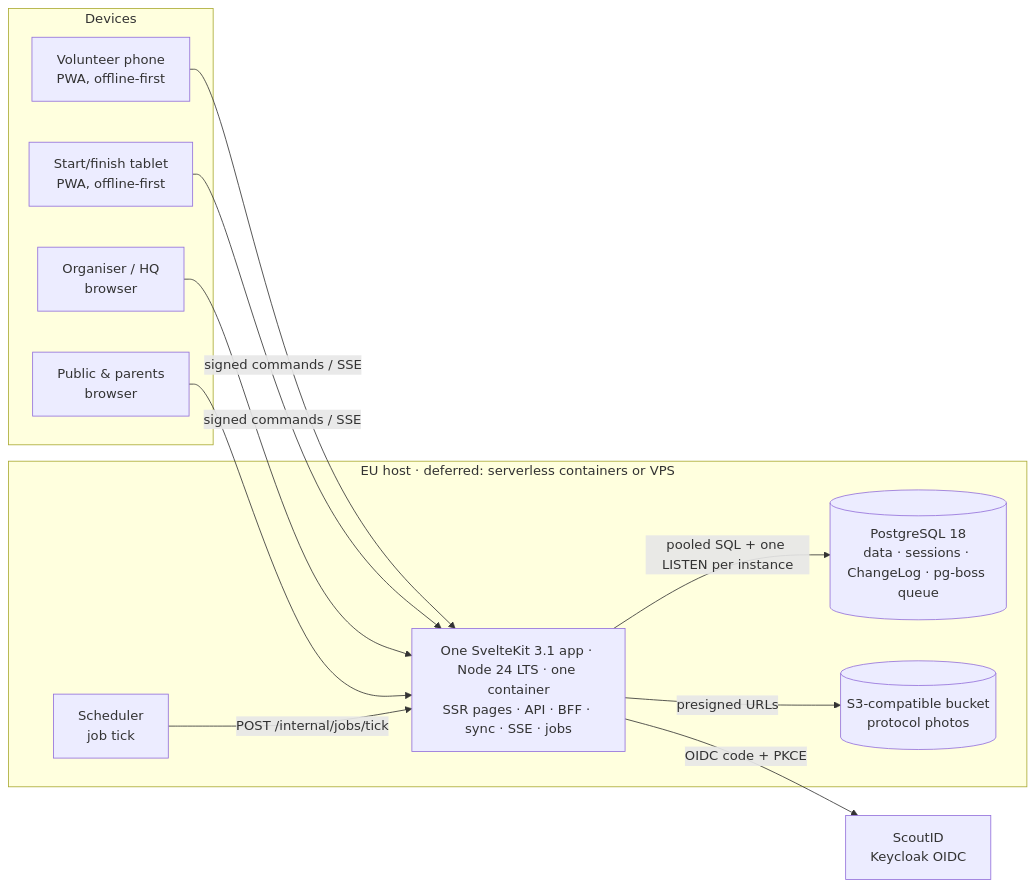
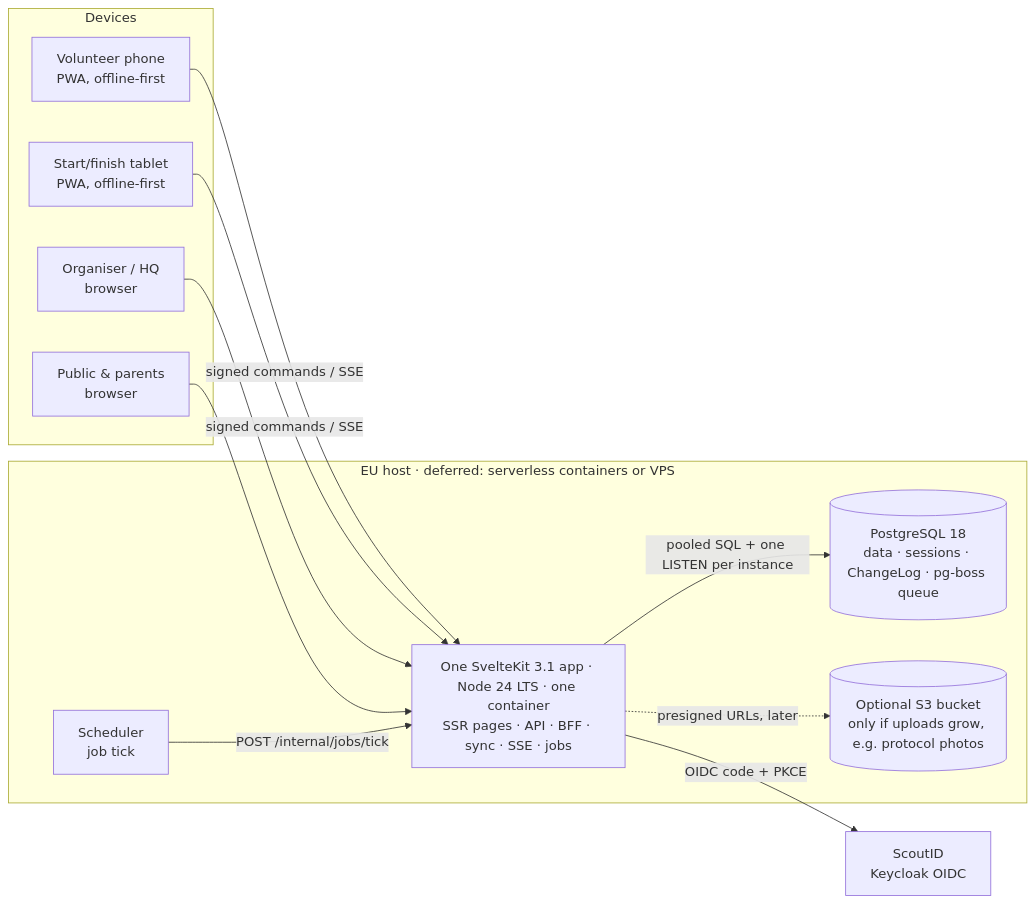
One commit to benganellison/scouttavling.se changed the diagram in docs/architecture/01-overview.md. Above: the diagram before and after it, drawn with Mermaid. The commit also changed other lines of this file and 56 other files, not shown here.

````diff
--- a/docs/architecture/01-overview.md
+++ b/docs/architecture/01-overview.md
@@ -20,22 +20,22 @@
 ```mermaid
 flowchart LR
   subgraph Devices
     V[Volunteer phone<br/>PWA, offline-first]
     T[Start/finish tablet<br/>PWA, offline-first]
     A[Organiser / HQ<br/>browser]
     P[Public & parents<br/>browser]
   end
   subgraph EU host [EU host · deferred: serverless containers or VPS]
     SK[One SvelteKit 3.1 app · Node 24 LTS · one container<br/>SSR pages · API · BFF · sync · SSE · jobs]
     PG[(PostgreSQL 18<br/>data · sessions · ChangeLog · pg-boss queue)]
-    OS[(S3-compatible bucket<br/>protocol photos)]
+    OS[(Optional S3 bucket<br/>only if uploads grow, e.g. protocol photos)]
     SCH[Scheduler<br/>job tick]
   end
   KC[ScoutID<br/>Keycloak OIDC]
   V & T -- signed commands / SSE --> SK
   A & P --> SK
   SK -- "pooled SQL + one LISTEN per instance" --> PG
-  SK -- presigned URLs --> OS
+  SK -. presigned URLs, later .-> OS
   SCH -- "POST /internal/jobs/tick" --> SK
   SK -- OIDC code + PKCE --> KC
 ```
````
